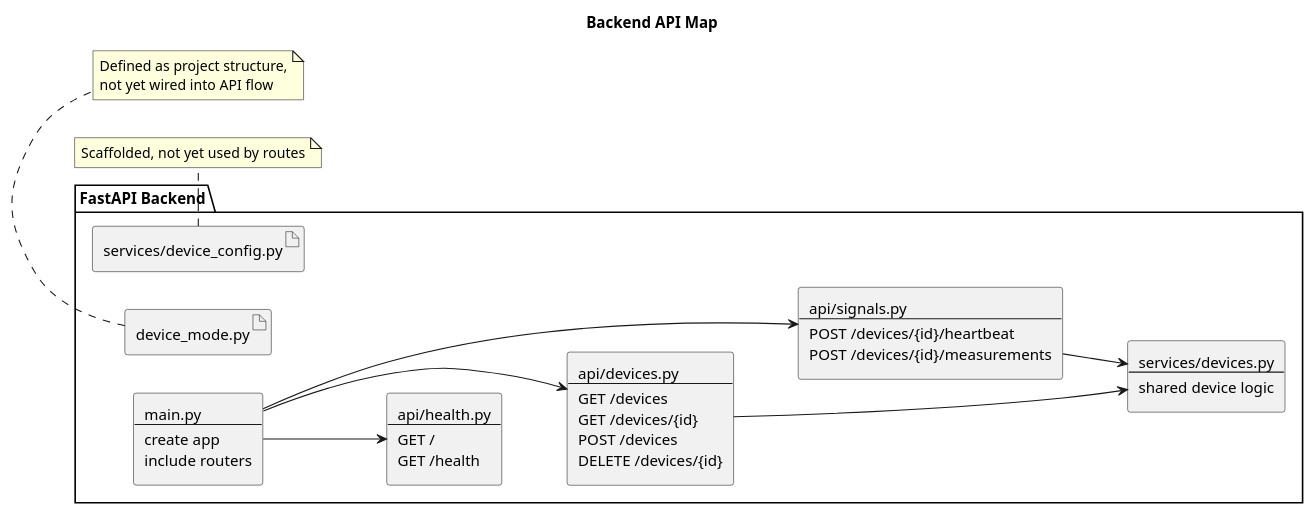
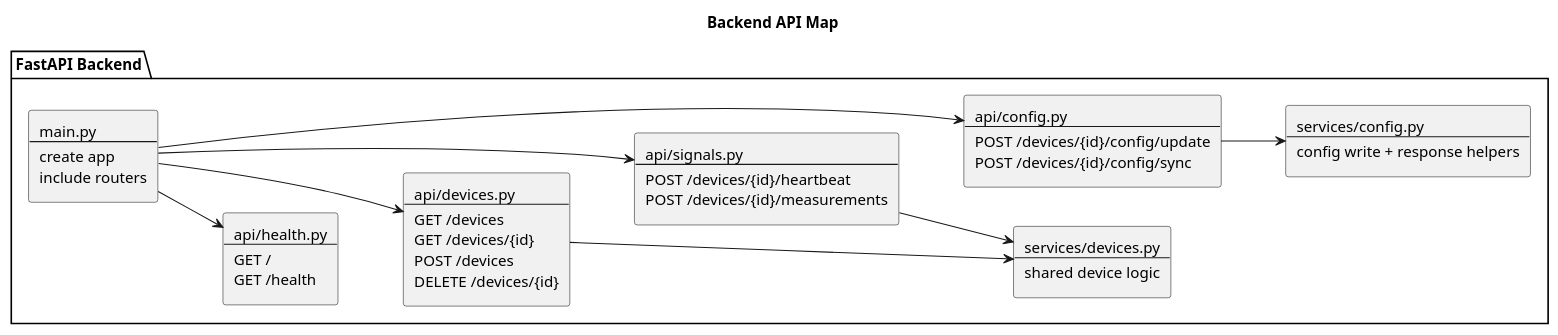
Before and after one commit to bobskefeurat/iot-device-platform: the diagram in docs/diagrams/backend/backend_api_map.puml, drawn with PlantUML. The commit also changed 8 other files, not shown here.

Commit message:
docs: update README and architecture diagrams

```diff
--- a/docs/diagrams/backend/backend_api_map.puml
+++ b/docs/diagrams/backend/backend_api_map.puml
@@ -1,34 +1,28 @@
 @startuml backend_api_map
 skinparam style strictuml
 title "Backend API Map"
 
 left to right direction
 
 package "FastAPI Backend" {
   rectangle "main.py\n--\ncreate app\ninclude routers" as main
   rectangle "api/health.py\n--\nGET /\nGET /health" as general
   rectangle "api/devices.py\n--\nGET /devices\nGET /devices/{id}\nPOST /devices\nDELETE /devices/{id}" as devices
   rectangle "api/signals.py\n--\nPOST /devices/{id}/heartbeat\nPOST /devices/{id}/measurements" as signals
+  rectangle "api/config.py\n--\nPOST /devices/{id}/config/update\nPOST /devices/{id}/config/sync" as config
   rectangle "services/devices.py\n--\nshared device logic" as device_services
-  artifact "services/device_config.py" as device_config_service
-  artifact "device_mode.py" as device_mode
+  rectangle "services/config.py\n--\nconfig write + response helpers" as config_services
 
   main --> general
   main --> devices
   main --> signals
+  main --> config
   devices --> device_services
   signals --> device_services
+  config --> config_services
   general -[hidden]-> devices
   devices -[hidden]-> signals
+  signals -[hidden]-> config
 }
 
-note bottom of device_config_service
-Scaffolded, not yet used by routes
-end note
-
-note bottom of device_mode
-Defined as project structure,
-not yet wired into API flow
-end note
-
 @enduml
```
